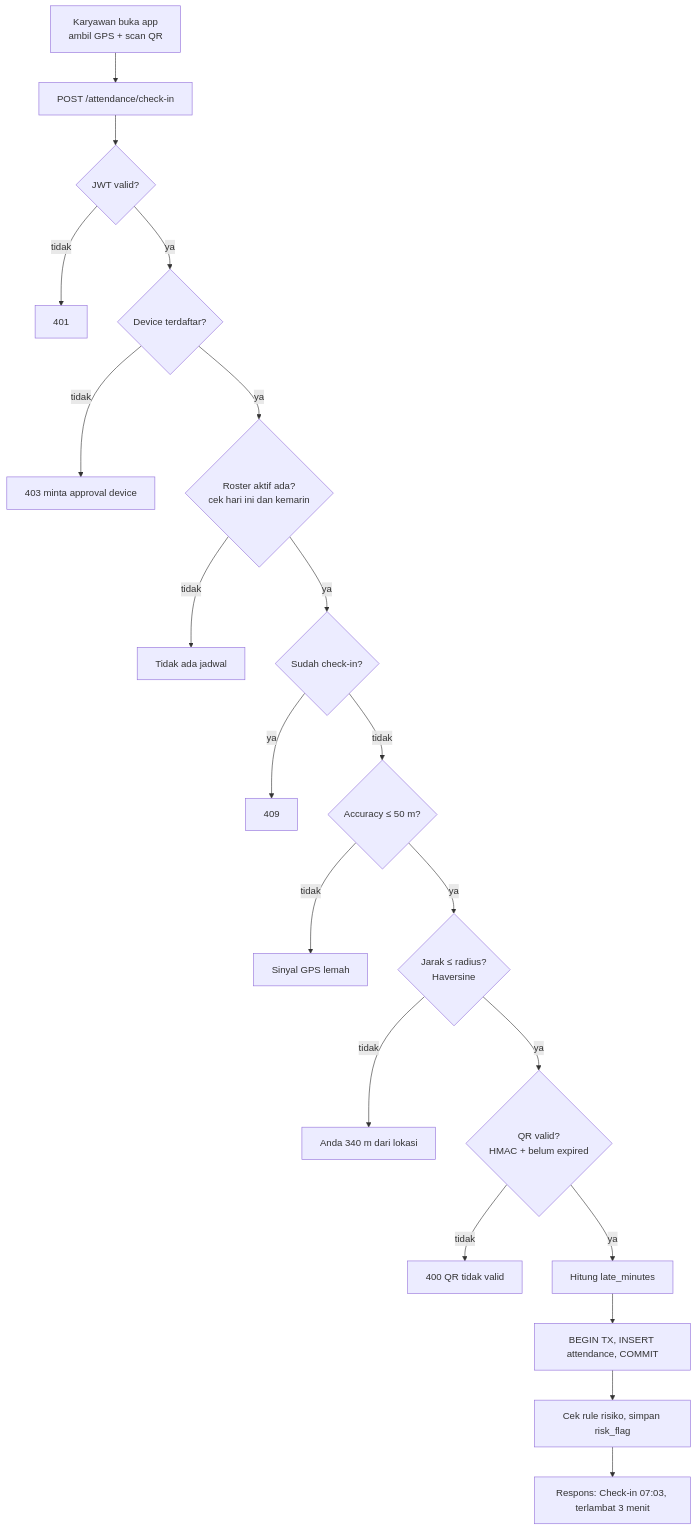
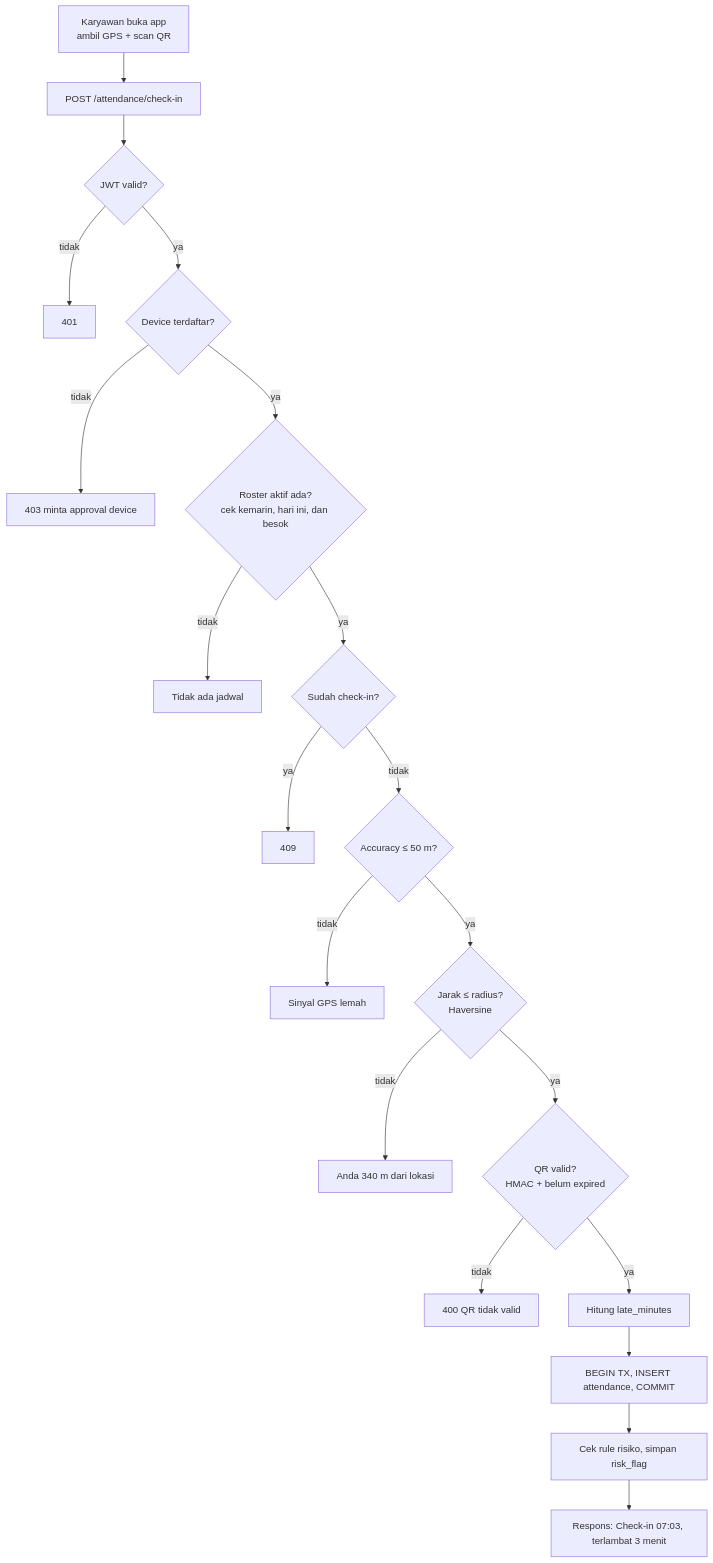
One commit to prasetyoaji07/attendance-system changed the third of 6 diagrams in docs/alur.md. Above: the diagram before and after it, drawn with Mermaid. The commit also changed other lines of this file and 2 other files, not shown here.

Commit message:
docs: check-out, auto-close, dan koreksi alur check-in

````diff
--- a/docs/alur.md
+++ b/docs/alur.md
@@ -172,22 +172,22 @@
 ```mermaid
 flowchart TD
     A[Karyawan buka app<br/>ambil GPS + scan QR] --> B[POST /attendance/check-in]
     B --> C{JWT valid?}
     C -- tidak --> X1[401]
     C -- ya --> D{Device terdaftar?}
     D -- tidak --> X2[403 minta approval device]
-    D -- ya --> E{Roster aktif ada?<br/>cek hari ini dan kemarin}
+    D -- ya --> E{Roster aktif ada?<br/>cek kemarin, hari ini, dan besok}
     E -- tidak --> X3[Tidak ada jadwal]
     E -- ya --> F{Sudah check-in?}
     F -- ya --> X4[409]
     F -- tidak --> G{Accuracy ≤ 50 m?}
     G -- tidak --> X5[Sinyal GPS lemah]
     G -- ya --> H{Jarak ≤ radius?<br/>Haversine}
     H -- tidak --> X6[Anda 340 m dari lokasi]
     H -- ya --> I{QR valid?<br/>HMAC + belum expired}
     I -- tidak --> X7[400 QR tidak valid]
     I -- ya --> J[Hitung late_minutes]
     J --> K[BEGIN TX, INSERT attendance, COMMIT]
     K --> L[Cek rule risiko, simpan risk_flag]
     L --> M[Respons: Check-in 07:03, terlambat 3 menit]
 ```
````
